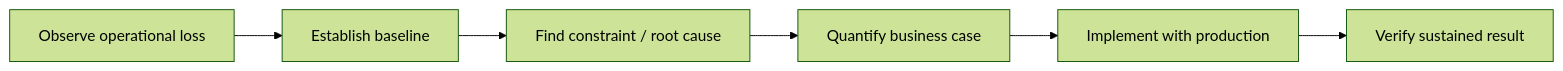
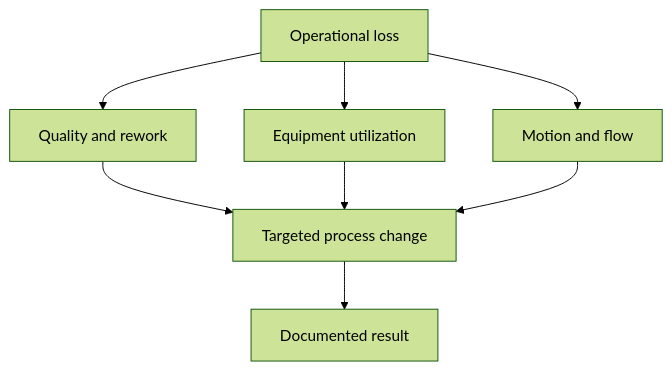
The diagram in projects/process-improvement/README.md (meverhart913/manufacturing-analytics-portfolio), drawn with Mermaid (forest theme) before and after one commit. The commit also changed other lines of this file and 27 other files, not shown here.

````diff
--- a/projects/process-improvement/README.md
+++ b/projects/process-improvement/README.md
@@ -111,8 +110,10 @@
 ```mermaid
-flowchart LR
-    A[Observe operational loss] --> B[Establish baseline]
-    B --> C[Find constraint / root cause]
-    C --> D[Quantify business case]
-    D --> E[Implement with production]
-    E --> F[Verify sustained result]
+flowchart TD
+    A[Operational loss] --> B[Quality and rework]
+    A --> C[Equipment utilization]
+    A --> D[Motion and flow]
+    B --> E[Targeted process change]
+    C --> E
+    D --> E
+    E --> F[Documented result]
 ```
````
